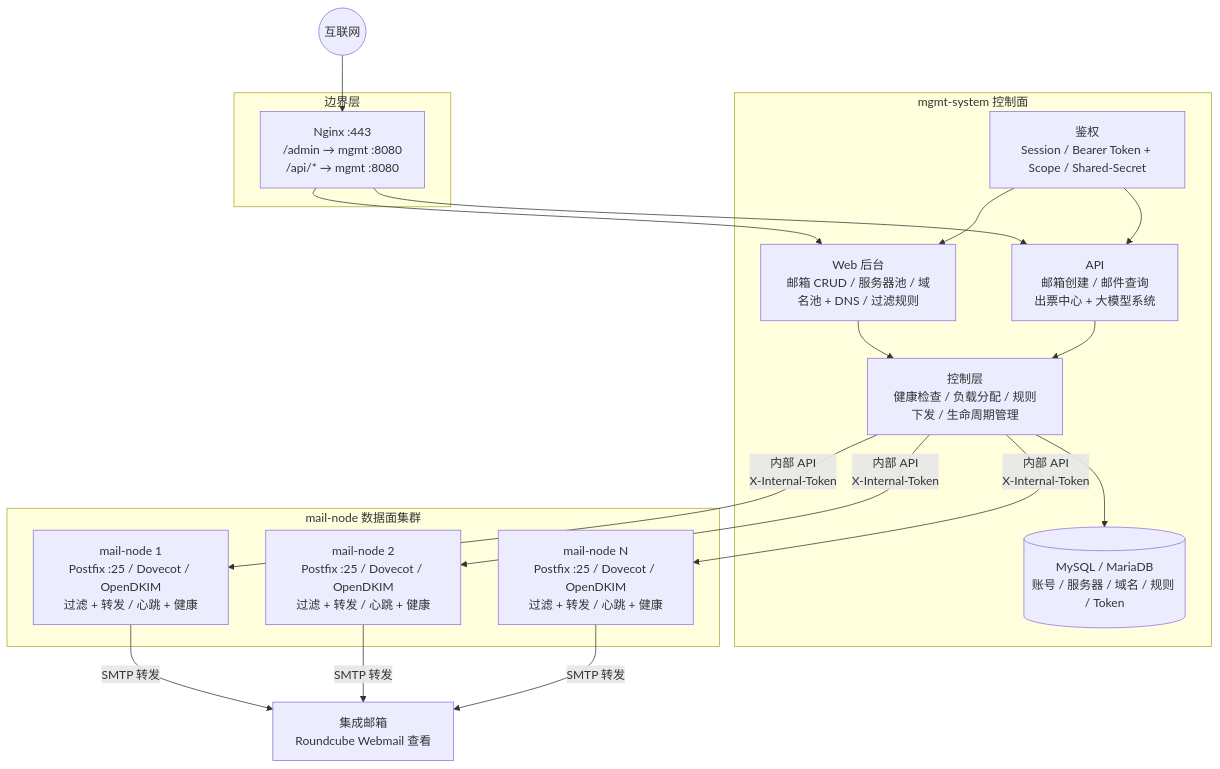
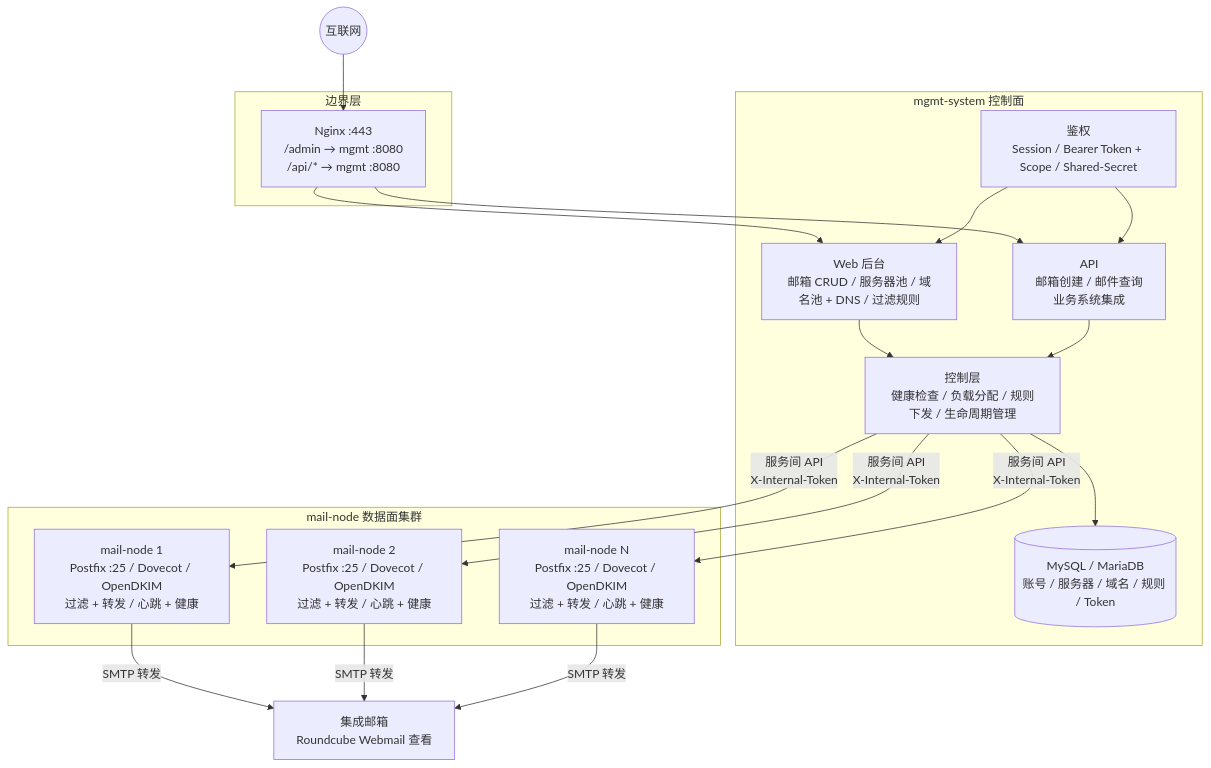
Before and after one commit to snowflake-yezi/MailHub: the diagram in README.md, drawn with Mermaid. The commit also changed other lines of this file, not shown here.

````diff
--- a/README.md
+++ b/README.md
@@ -35,41 +48,41 @@
 ```mermaid
 flowchart TB
     internet((互联网))
 
     subgraph edge["边界层"]
         nginx["Nginx :443<br/>/admin → mgmt :8080<br/>/api/* → mgmt :8080"]
     end
 
     subgraph mgmt["mgmt-system 控制面"]
         web["Web 后台<br/>邮箱 CRUD / 服务器池 / 域名池 + DNS / 过滤规则"]
-        api["API<br/>邮箱创建 / 邮件查询<br/>出票中心 + 大模型系统"]
+        api["API<br/>邮箱创建 / 邮件查询<br/>业务系统集成"]
         control["控制层<br/>健康检查 / 负载分配 / 规则下发 / 生命周期管理"]
         auth["鉴权<br/>Session / Bearer Token + Scope / Shared-Secret"]
         db[("MySQL / MariaDB<br/>账号 / 服务器 / 域名 / 规则 / Token")]
     end
 
     subgraph nodes["mail-node 数据面集群"]
         node1["mail-node 1<br/>Postfix :25 / Dovecot / OpenDKIM<br/>过滤 + 转发 / 心跳 + 健康"]
         node2["mail-node 2<br/>Postfix :25 / Dovecot / OpenDKIM<br/>过滤 + 转发 / 心跳 + 健康"]
         nodeN["mail-node N<br/>Postfix :25 / Dovecot / OpenDKIM<br/>过滤 + 转发 / 心跳 + 健康"]
     end
 
     union["集成邮箱<br/>Roundcube Webmail 查看"]
 
     internet --> nginx
     nginx --> web
     nginx --> api
     web --> control
     api --> control
     auth --> web
     auth --> api
     control --> db
 
-    control -->|"内部 API<br/>X-Internal-Token"| node1
-    control -->|"内部 API<br/>X-Internal-Token"| node2
-    control -->|"内部 API<br/>X-Internal-Token"| nodeN
+    control -->|"服务间 API<br/>X-Internal-Token"| node1
+    control -->|"服务间 API<br/>X-Internal-Token"| node2
+    control -->|"服务间 API<br/>X-Internal-Token"| nodeN
 
     node1 -->|"SMTP 转发"| union
     node2 -->|"SMTP 转发"| union
     nodeN -->|"SMTP 转发"| union
 ```
````
